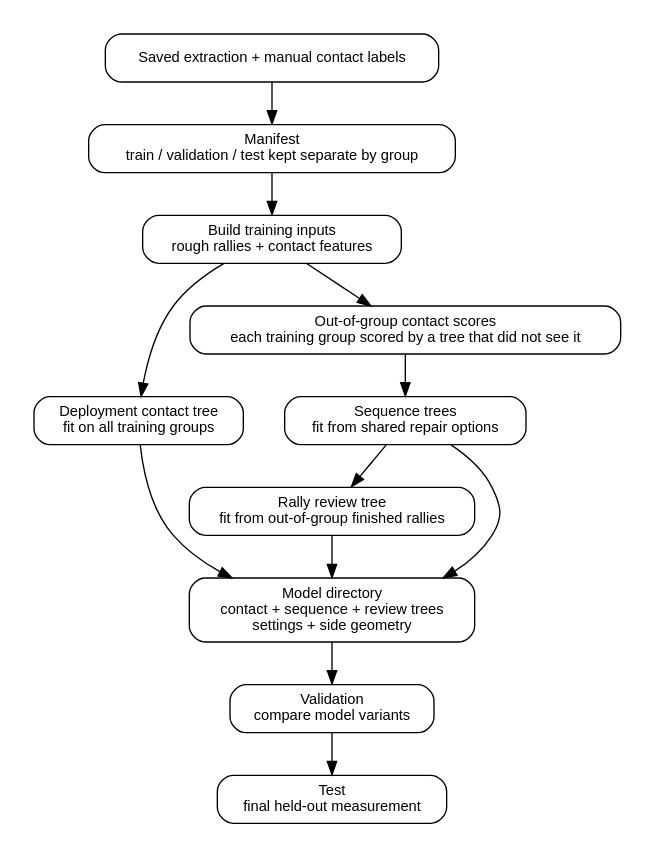
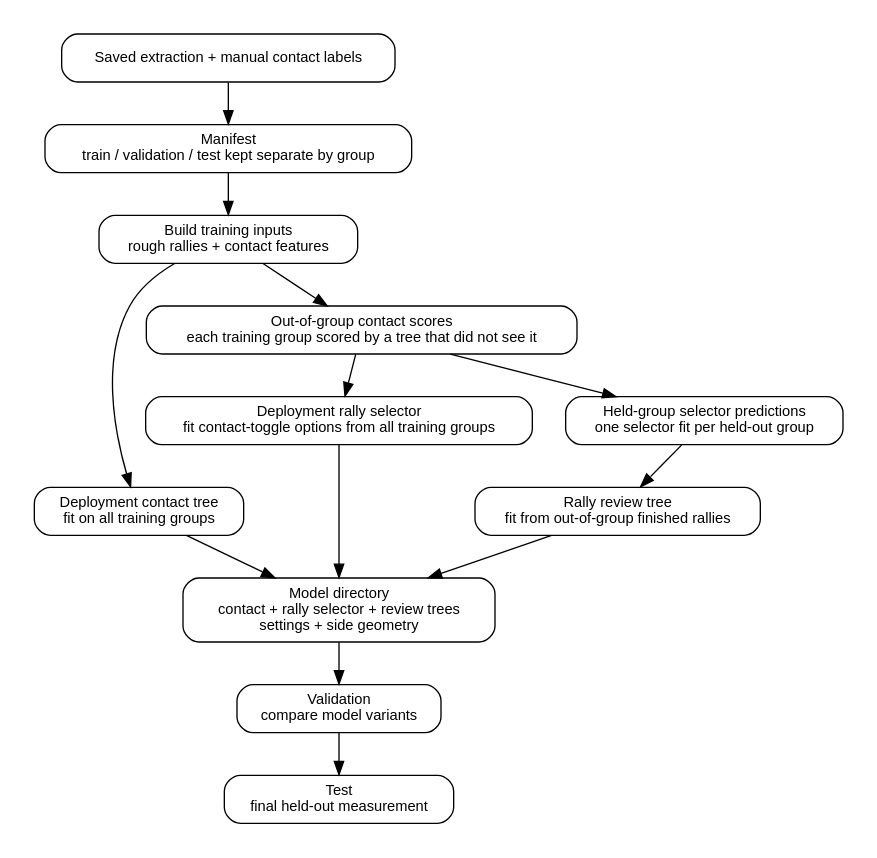
The diagram in docs/annotator/figures/refit_flow.dot (ahalp90/badminton_cv_annotator), drawn with Graphviz before and after one commit. The commit also changed 74 other files, not shown here.

First line of the commit message:
Simplify contact preparation and rally corrections

```diff
--- a/docs/annotator/figures/refit_flow.dot
+++ b/docs/annotator/figures/refit_flow.dot
@@ -1,24 +1,27 @@
 digraph refit {
   graph [rankdir=TB, pad="0.25", nodesep="0.35", ranksep="0.45", bgcolor="white"];
   node [shape=box, style="rounded", fontname="Helvetica", fontsize=11, margin="0.12,0.08"];
   edge [fontname="Helvetica", fontsize=9];
 
   data [label="Saved extraction + manual contact labels"];
   manifest [label="Manifest\ntrain / validation / test kept separate by group"];
   heur [label="Build training inputs\nrough rallies + contact features"];
   finalcontact [label="Deployment contact tree\nfit on all training groups"];
   crosscontact [label="Out-of-group contact scores\neach training group scored by a tree that did not see it"];
-  seq [label="Sequence trees\nfit from shared repair options"];
+  seq [label="Deployment rally selector\nfit contact-toggle options from all training groups"];
+  crossseq [label="Held-group selector predictions\none selector fit per held-out group"];
   conf [label="Rally review tree\nfit from out-of-group finished rallies"];
-  bundle [label="Model directory\ncontact + sequence + review trees\nsettings + side geometry"];
+  bundle [label="Model directory\ncontact + rally selector + review trees\nsettings + side geometry"];
   val [label="Validation\ncompare model variants"];
   test [label="Test\nfinal held-out measurement"];
 
   data -> manifest -> heur;
   heur -> finalcontact;
-  heur -> crosscontact -> seq -> conf;
+  heur -> crosscontact;
+  crosscontact -> seq;
+  crosscontact -> crossseq -> conf;
   finalcontact -> bundle;
   seq -> bundle;
   conf -> bundle;
   bundle -> val -> test;
 }
```
